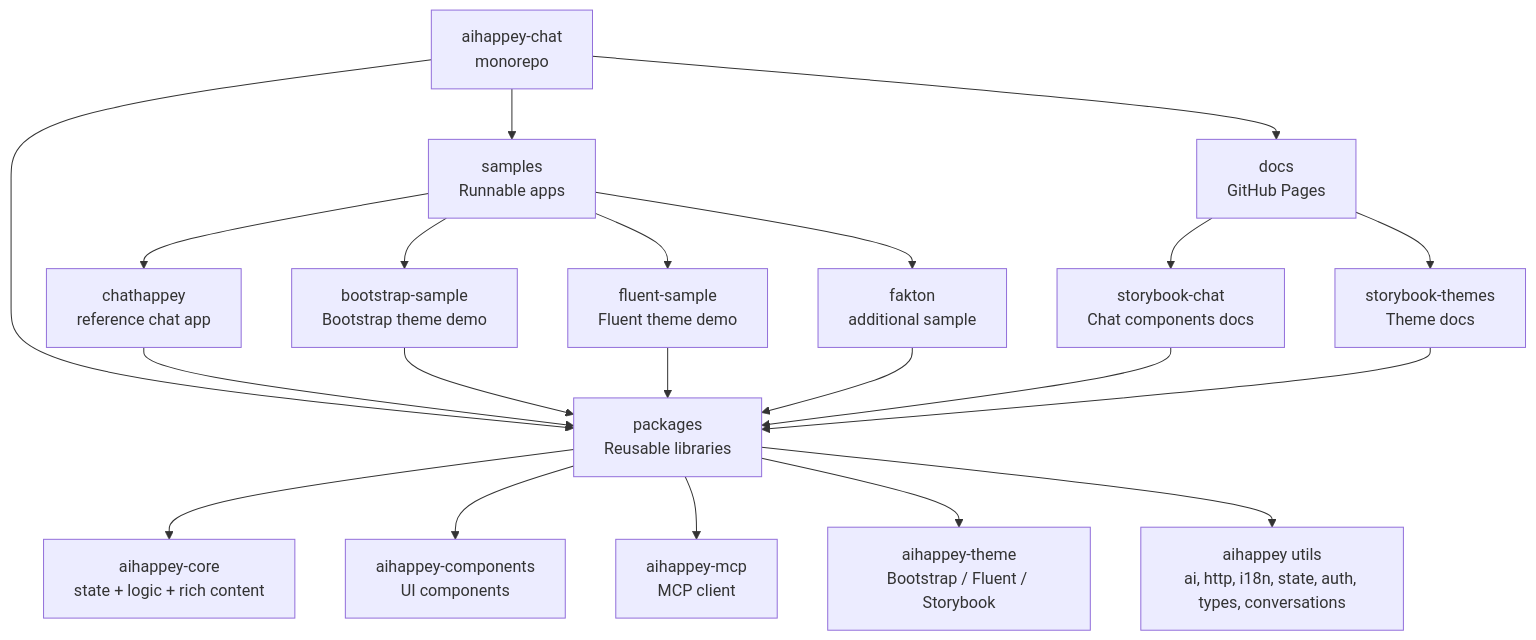
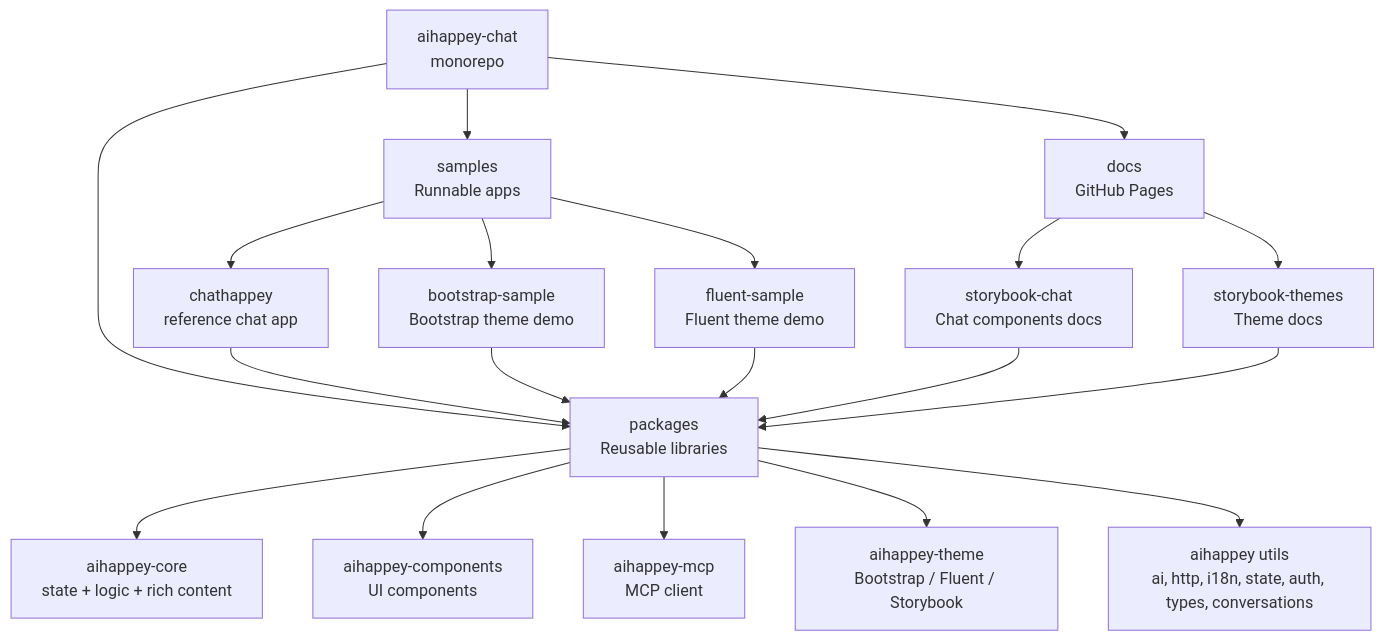
One commit to achappey/aihappey-chat changed the diagram in README.md. Above: the diagram before and after it, drawn with Mermaid. The commit also changed 1 other file, not shown here.

Commit message:
Remove additional sample and add new screenshot image

````diff
--- a/README.md
+++ b/README.md
@@ -29,29 +29,27 @@
 ```mermaid
 flowchart TB
   repo[aihappey-chat<br/>monorepo]
 
   repo --> docs[docs<br/>GitHub Pages]
   docs --> sbChat[storybook-chat<br/>Chat components docs]
   docs --> sbThemes[storybook-themes<br/>Theme docs]
 
   repo --> packages[packages<br/>Reusable libraries]
   packages --> core[aihappey-core<br/>state + logic + rich content]
   packages --> components[aihappey-components<br/>UI components]
   packages --> mcp[aihappey-mcp<br/>MCP client]
   packages --> themes[aihappey-theme<br/>Bootstrap / Fluent / Storybook]
   packages --> utils[aihappey utils<br/>ai, http, i18n, state, auth, types, conversations]
 
   repo --> samples[samples<br/>Runnable apps]
   samples --> chathappey[chathappey<br/>reference chat app]
   samples --> bootstrapSample[bootstrap-sample<br/>Bootstrap theme demo]
   samples --> fluentSample[fluent-sample<br/>Fluent theme demo]
-  samples --> fakton[fakton<br/>additional sample]
 
   chathappey --> packages
   bootstrapSample --> packages
   fluentSample --> packages
-  fakton --> packages
 
   sbChat --> packages
   sbThemes --> packages
 ```
````
